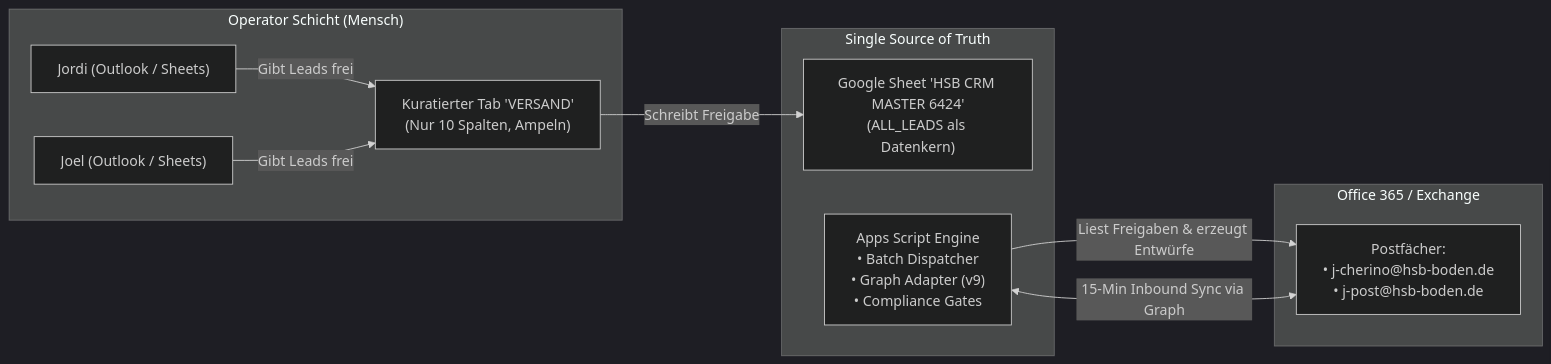
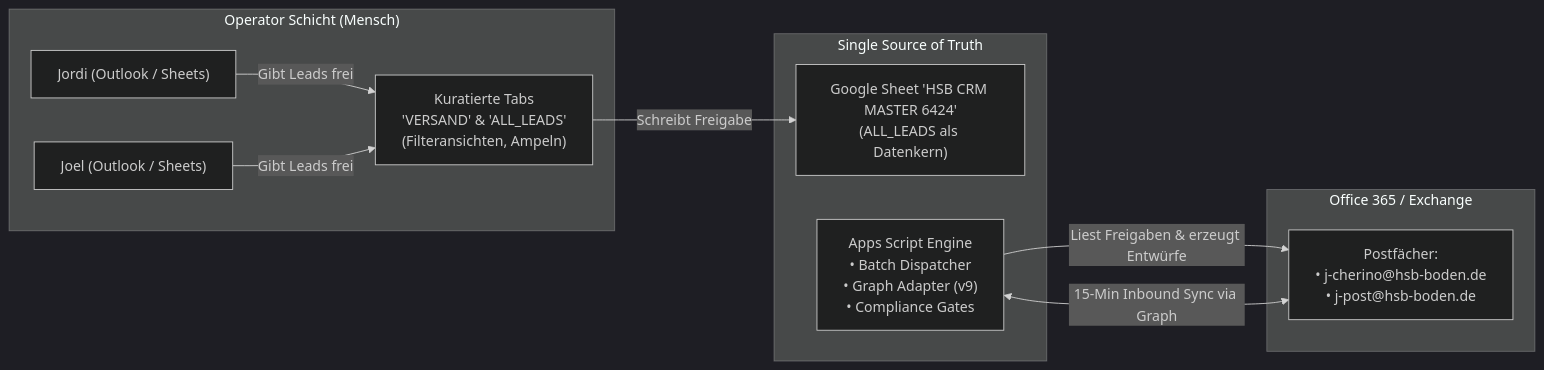
One commit to HSBHexagon/hsb-boden changed the diagram in apps/sales-os/docs/CRM_UEBERARBEITUNG_PLAN_2026-09-17.md. Above: the diagram before and after it, drawn with Mermaid (dark theme). The commit also changed other lines of this file, not shown here.

````diff
--- a/apps/sales-os/docs/CRM_UEBERARBEITUNG_PLAN_2026-09-17.md
+++ b/apps/sales-os/docs/CRM_UEBERARBEITUNG_PLAN_2026-09-17.md
@@ -92,23 +91,23 @@
 ```mermaid
 flowchart LR
     subgraph Frontend["Operator Schicht (Mensch)"]
         Jordi["Jordi (Outlook / Sheets)"]
         Joel["Joel (Outlook / Sheets)"]
-        VersandTab["Kuratierter Tab 'VERSAND'\n(Nur 10 Spalten, Ampeln)"]
+        VersandTab["Kuratierte Tabs\n'VERSAND' & 'ALL_LEADS'\n(Filteransichten, Ampeln)"]
     end
 
     subgraph Core["Single Source of Truth"]
         Sheet["Google Sheet 'HSB CRM MASTER 6424'\n(ALL_LEADS als Datenkern)"]
         AppsScript["Apps Script Engine\n• Batch Dispatcher\n• Graph Adapter (v9)\n• Compliance Gates"]
     end
 
     subgraph Mailbox["Office 365 / Exchange"]
         O365["Postfächer:\n• j-cherino@hsb-boden.de\n• j-post@hsb-boden.de"]
     end
 
     Jordi -->|Gibt Leads frei| VersandTab
     Joel -->|Gibt Leads frei| VersandTab
     VersandTab -->|Schreibt Freigabe| Sheet
     AppsScript -->|Liest Freigaben & erzeugt Entwürfe| O365
     AppsScript <-->|15-Min Inbound Sync via Graph| O365
 ```
````
